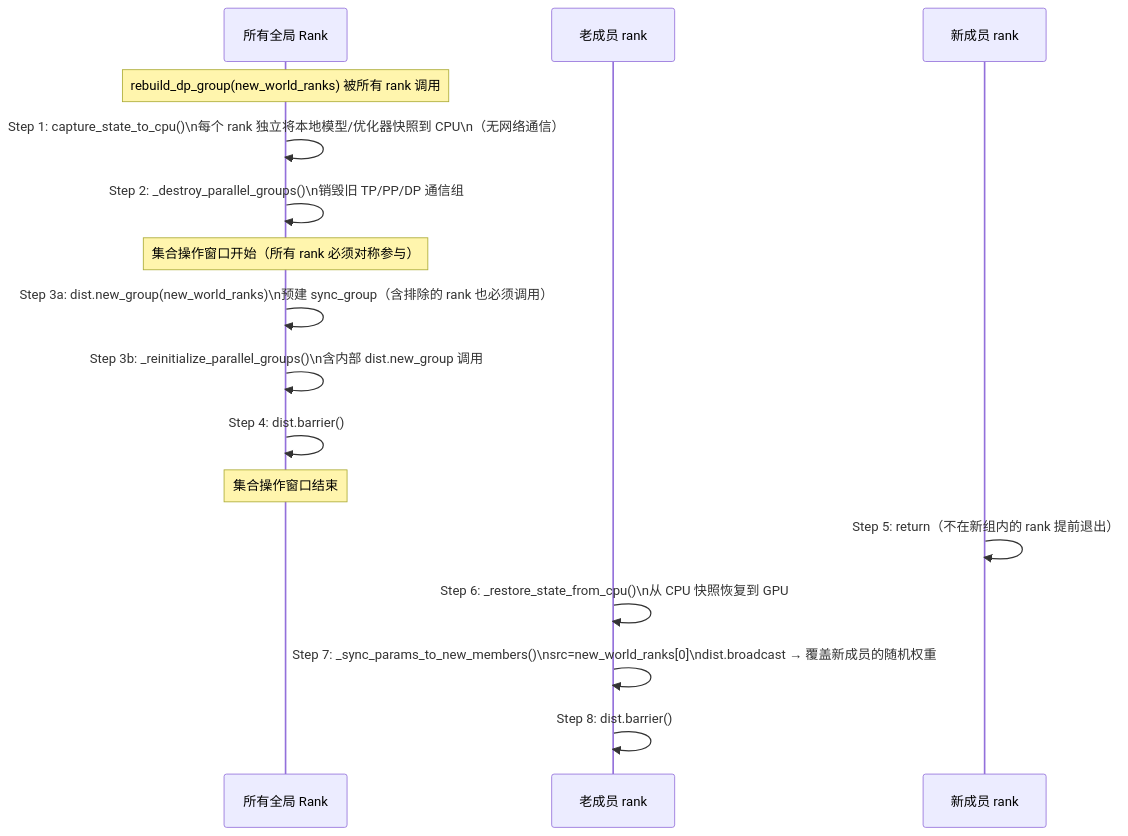
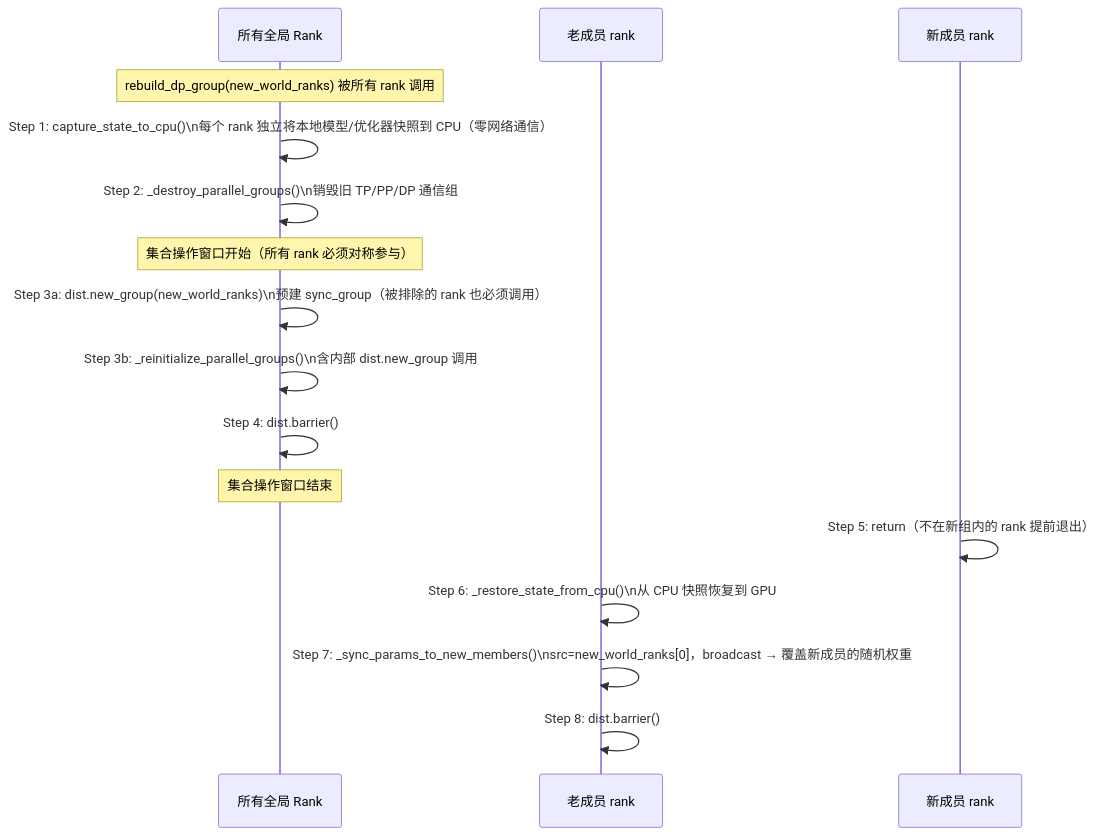
Before and after one commit to meituan-search/verl: the eighth of 12 diagrams in verl/experimental/elastic_scheduling/README.md, drawn with Mermaid. The commit also changed other lines of this file, not shown here.

````diff
--- a/verl/experimental/elastic_scheduling/README.md
+++ b/verl/experimental/elastic_scheduling/README.md
@@ -267,26 +402,26 @@
 ```mermaid
 sequenceDiagram
     participant ALL as 所有全局 Rank
     participant OLD as 老成员 rank
     participant NEW as 新成员 rank
     
     Note over ALL: rebuild_dp_group(new_world_ranks) 被所有 rank 调用
         
-    ALL->>ALL: Step 1: capture_state_to_cpu()\n每个 rank 独立将本地模型/优化器快照到 CPU\n（无网络通信）
+    ALL->>ALL: Step 1: capture_state_to_cpu()\n每个 rank 独立将本地模型/优化器快照到 CPU（零网络通信）
         
     ALL->>ALL: Step 2: _destroy_parallel_groups()\n销毁旧 TP/PP/DP 通信组
 
     Note over ALL: 集合操作窗口开始（所有 rank 必须对称参与）
-    ALL->>ALL: Step 3a: dist.new_group(new_world_ranks)\n预建 sync_group（含排除的 rank 也必须调用）
+    ALL->>ALL: Step 3a: dist.new_group(new_world_ranks)\n预建 sync_group（被排除的 rank 也必须调用）
     ALL->>ALL: Step 3b: _reinitialize_parallel_groups()\n含内部 dist.new_group 调用
     ALL->>ALL: Step 4: dist.barrier()
     Note over ALL: 集合操作窗口结束
 
     NEW->>NEW: Step 5: return（不在新组内的 rank 提前退出）
 
     OLD->>OLD: Step 6: _restore_state_from_cpu()\n从 CPU 快照恢复到 GPU
 
-    OLD->>OLD: Step 7: _sync_params_to_new_members()\nsrc=new_world_ranks[0]\ndist.broadcast → 覆盖新成员的随机权重
+    OLD->>OLD: Step 7: _sync_params_to_new_members()\nsrc=new_world_ranks[0]，broadcast → 覆盖新成员的随机权重
 
     OLD->>OLD: Step 8: dist.barrier()
 ```
````
